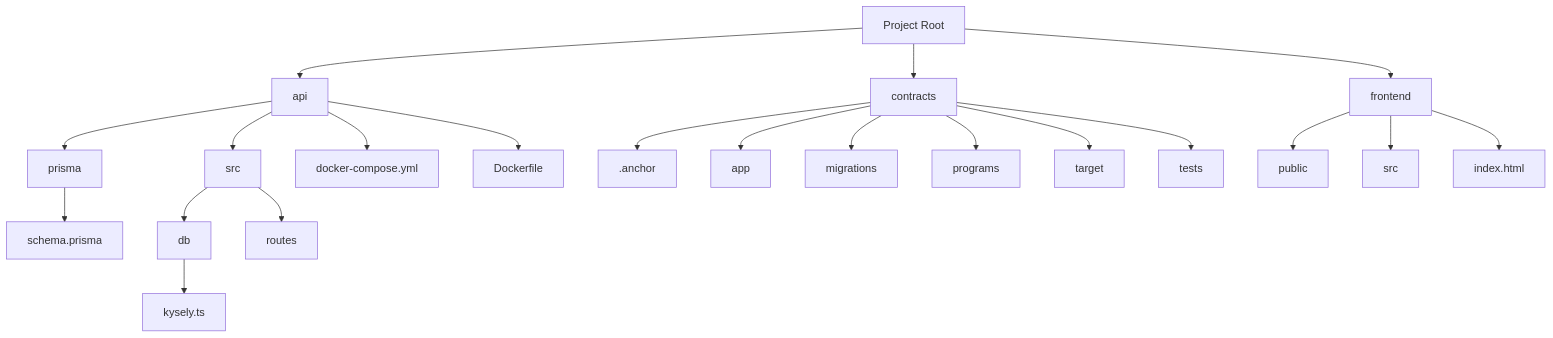
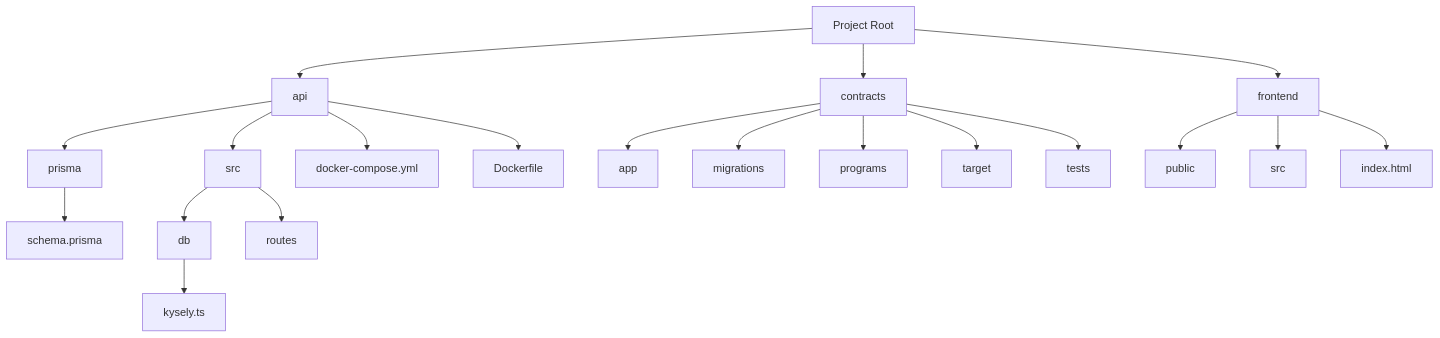
Before and after one commit to MTthoas/DexYield: the diagram in README.MD, drawn with Mermaid.

Commit message:
feat: update mermaid

````diff
--- a/README.MD
+++ b/README.MD
@@ -7,31 +7,30 @@
 ```mermaid
 graph TD
   A[Project Root] --> B[api]
   A --> C[contracts]
   A --> D[frontend]
 
   %% API
   B --> B1[prisma]
   B1 --> B1a[schema.prisma]
 
   B --> B2[src]
   B2 --> B2a[db]
   B2a --> B2a1[kysely.ts]
   B2 --> B2b[routes]
 
   B --> B3[docker-compose.yml]
   B --> B4[Dockerfile]
 
   %% Contracts (Anchor / Solana)
-  C --> C1[.anchor]
   C --> C2[app]
   C --> C3[migrations]
   C --> C4[programs]
   C --> C5[target]
   C --> C6[tests]
 
   %% Frontend
   D --> D1[public]
   D --> D2[src]
   D --> D3[index.html]
 ```
````
